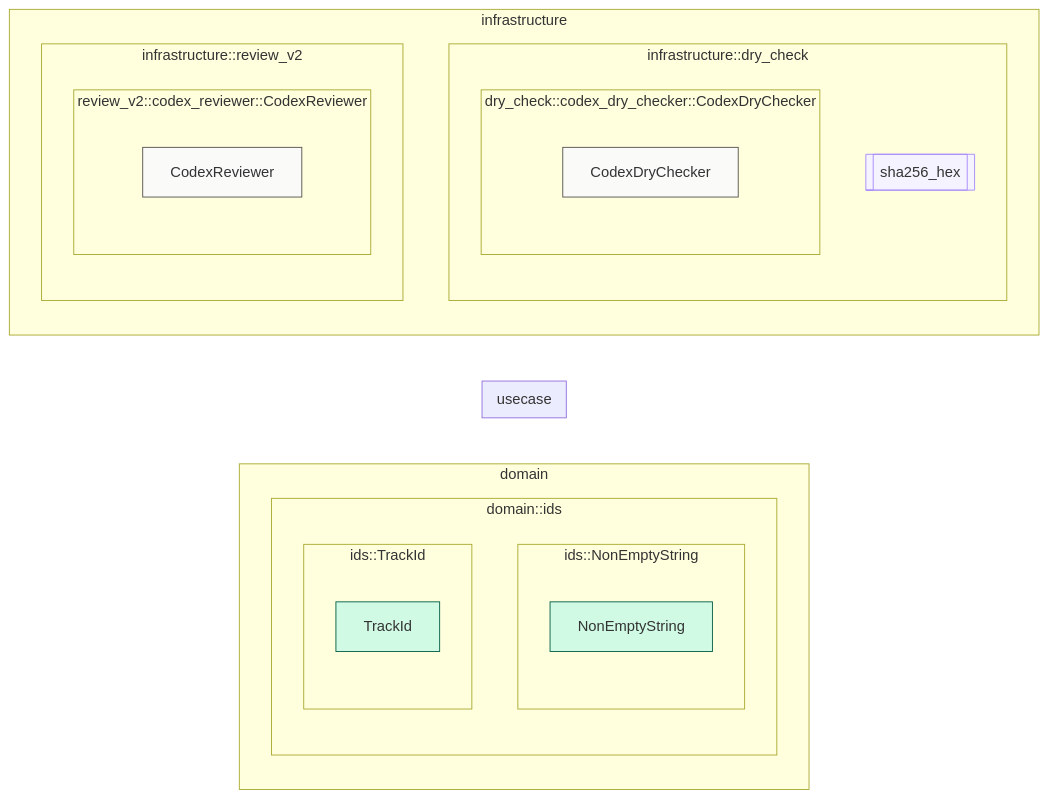
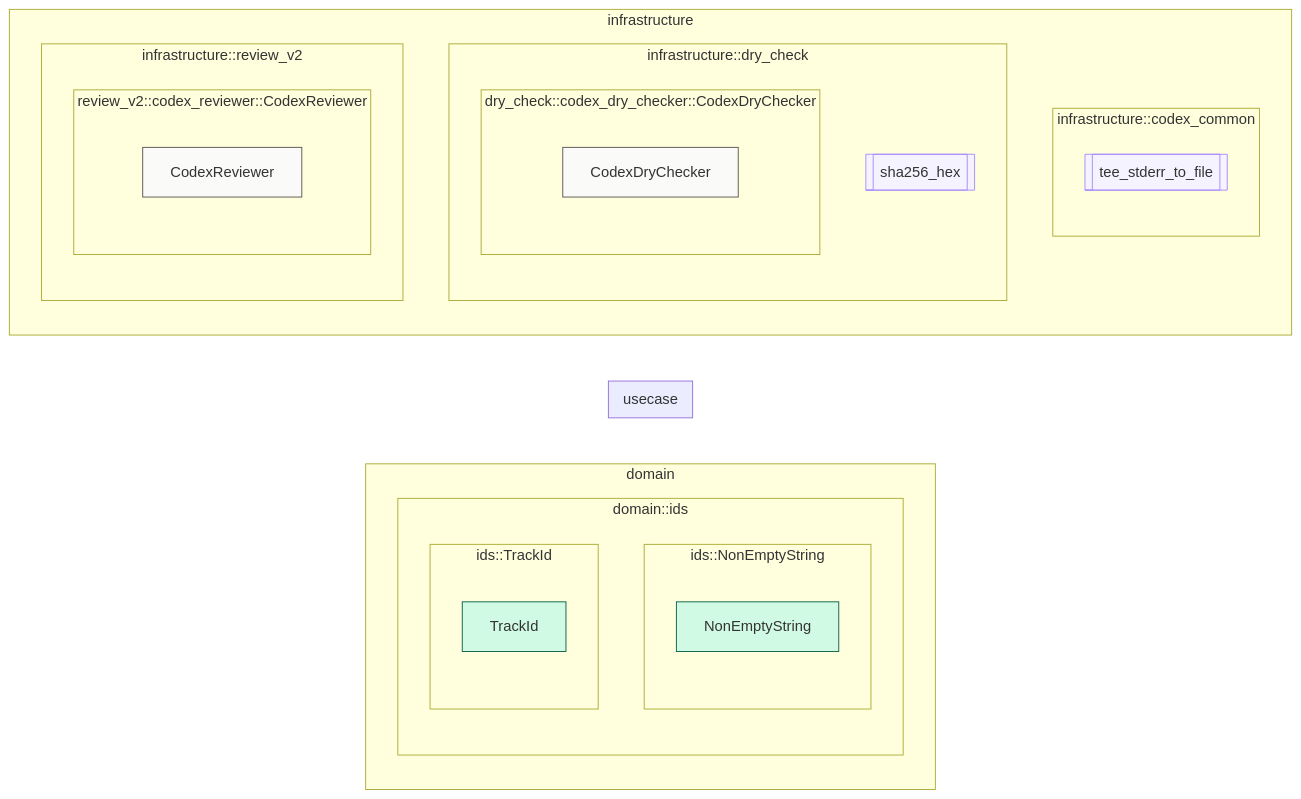
Before and after one commit to Flip451/SoTOHE-core: the diagram in track/items/existing-dry-violation-cleanup-2026-06-19/contract-map.md, drawn with Mermaid. The commit also changed 17 other files, not shown here.

First line of the commit message:
refactor(infrastructure): T006 — Codex subprocess helper を codex_common へ集約 + cross-layer tee 解消 (ADR D3 / CN-02/CN-03)

````diff
--- a/track/items/existing-dry-violation-cleanup-2026-06-19/contract-map.md
+++ b/track/items/existing-dry-violation-cleanup-2026-06-19/contract-map.md
@@ -2,66 +2,72 @@
 ```mermaid
 flowchart LR
 classDef aggregate_root fill:#ede9fe,stroke:#4c1d95,stroke-width:2px
 classDef app_service fill:#ecfdf5,stroke:#059669,stroke-width:2px
 classDef command fill:#fff7ed,stroke:#c2410c,stroke-width:1px
 classDef domain_service fill:#fee2e2,stroke:#991b1b,stroke-width:1px
 classDef dto fill:#f8fafc,stroke:#64748b,stroke-width:1px
 classDef entity fill:#dbeafe,stroke:#1e40af,stroke-width:2px
 classDef error_type fill:#fef2f2,stroke:#b91c1c,stroke-width:1px,stroke-dasharray:4 2
 classDef factory fill:#e0f2fe,stroke:#0369a1,stroke-width:1px
 classDef free_function fill:#f5f3ff,stroke:#7c3aed,stroke-width:1px
 classDef function_node fill:#f5f3ff,stroke:#a78bfa,stroke-width:1px
 classDef interactor fill:#f0fdfa,stroke:#0d9488,stroke-width:1px
 classDef method_node fill:#f8fafc,stroke:#cbd5e1,stroke-width:1px
 classDef query fill:#f0f9ff,stroke:#0369a1,stroke-width:1px
 classDef secondary_adapter fill:#fafaf9,stroke:#57534e,stroke-width:1px
 classDef secondary_port fill:#fafaf9,stroke:#78716c,stroke-width:1px,stroke-dasharray:4 2
 classDef specification fill:#fdf4ff,stroke:#6b21a8,stroke-width:1px
 classDef specification_port fill:#fdf4ff,stroke:#9333ea,stroke-width:1px,stroke-dasharray:4 2
 classDef typestate_overlay stroke:#dc2626,stroke-width:3px
 classDef use_case fill:#ecfeff,stroke:#0e7490,stroke-width:1px
 classDef use_case_function fill:#eef2ff,stroke:#4338ca,stroke-width:1px
 classDef value_object fill:#d1fae5,stroke:#065f46,stroke-width:1px
 classDef variant_node fill:#fafaf9,stroke:#d6d3d1,stroke-width:1px
 subgraph domain["domain"]
   direction TB
   subgraph domain_domain_module_ids["domain::ids"]
     direction TB
   subgraph T28_domain_domain_NonEmptyString["ids::NonEmptyString"]
     direction TB
     T28_domain_domain_NonEmptyString__self[NonEmptyString]
   end
   subgraph T21_domain_domain_TrackId["ids::TrackId"]
     direction TB
     T21_domain_domain_TrackId__self[TrackId]
   end
   end
 end
 subgraph usecase["usecase"]
   direction TB
 end
 subgraph infrastructure["infrastructure"]
   direction TB
+  subgraph infrastructure_infrastructure_module_codex_common["infrastructure::codex_common"]
+    direction TB
+  F78_infrastructure_infrastructure_infrastructure__codex_common__tee_stderr_to_file[[tee_stderr_to_file]]
+  end
   subgraph infrastructure_infrastructure_module_dry_check["infrastructure::dry_check"]
     direction TB
   subgraph T45_infrastructure_infrastructure_CodexDryChecker["dry_check::codex_dry_checker::CodexDryChecker"]
     direction TB
     T45_infrastructure_infrastructure_CodexDryChecker__self[CodexDryChecker]
   end
   F75_infrastructure_infrastructure_infrastructure__dry_check__corpus__sha256_hex[[sha256_hex]]
   end
   subgraph infrastructure_infrastructure_module_review_v2["infrastructure::review_v2"]
     direction TB
   subgraph T43_infrastructure_infrastructure_CodexReviewer["review_v2::codex_reviewer::CodexReviewer"]
     direction TB
     T43_infrastructure_infrastructure_CodexReviewer__self[CodexReviewer]
   end
   end
 end
 class T28_domain_domain_NonEmptyString__self value_object
 class T21_domain_domain_TrackId__self value_object
+class F78_infrastructure_infrastructure_infrastructure__codex_common__tee_stderr_to_file free_function
+class F78_infrastructure_infrastructure_infrastructure__codex_common__tee_stderr_to_file function_node
 class T45_infrastructure_infrastructure_CodexDryChecker__self secondary_adapter
 class F75_infrastructure_infrastructure_infrastructure__dry_check__corpus__sha256_hex free_function
 class F75_infrastructure_infrastructure_infrastructure__dry_check__corpus__sha256_hex function_node
 class T43_infrastructure_infrastructure_CodexReviewer__self secondary_adapter
 ```
````
